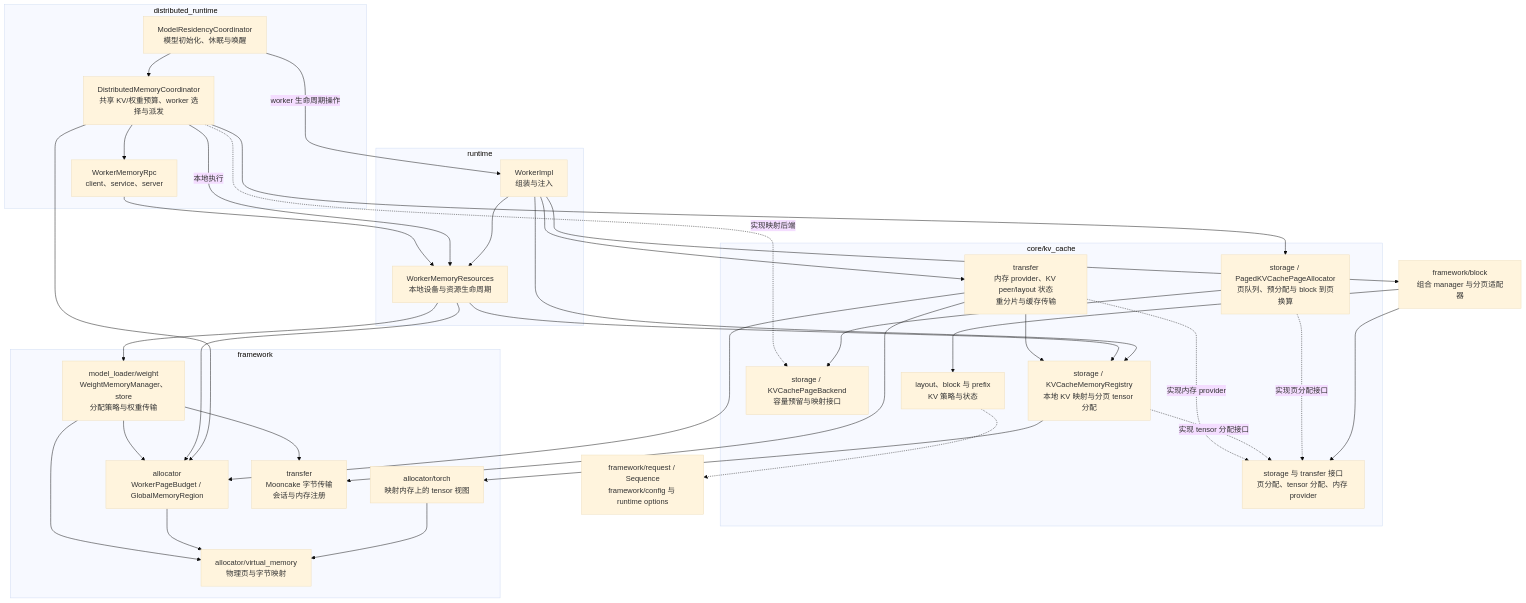
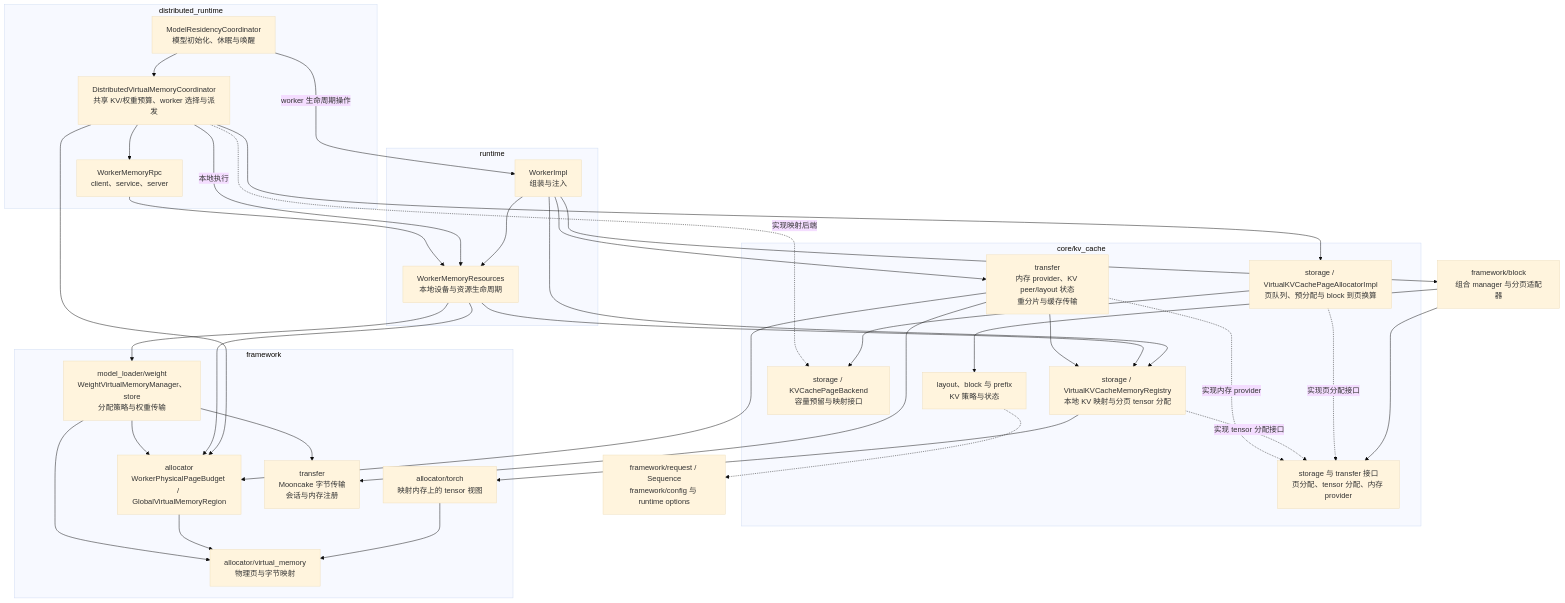
Before and after one commit to xLLM-AI/xllm: the diagram in docs/src/content/docs/zh/dev_guide/code_arch.md, drawn with Mermaid (base theme). The commit also changed other lines of this file and 152 other files, not shown here.

First line of the commit message:
refactor: finalize virtual memory naming and validation fixes.

````diff
--- a/docs/src/content/docs/zh/dev_guide/code_arch.md
+++ b/docs/src/content/docs/zh/dev_guide/code_arch.md
@@ -116,65 +116,65 @@
 ```mermaid
 flowchart TB
   subgraph runtime["runtime"]
     worker["WorkerImpl<br/>组装与注入"]
     resources["WorkerMemoryResources<br/>本地设备与资源生命周期"]
   end
 
   blocks["framework/block<br/>组合 manager 与分页适配器"]
 
   subgraph distributed["distributed_runtime"]
     residency["ModelResidencyCoordinator<br/>模型初始化、休眠与唤醒"]
-    coordination["DistributedMemoryCoordinator<br/>共享 KV/权重预算、worker 选择与派发"]
+    coordination["DistributedVirtualMemoryCoordinator<br/>共享 KV/权重预算、worker 选择与派发"]
     rpc["WorkerMemoryRpc<br/>client、service、server"]
   end
 
   subgraph cache["core/kv_cache"]
     policy["layout、block 与 prefix<br/>KV 策略与状态"]
-    pages["storage / PagedKVCachePageAllocator<br/>页队列、预分配与 block 到页换算"]
+    pages["storage / VirtualKVCachePageAllocatorImpl<br/>页队列、预分配与 block 到页换算"]
     backend["storage / KVCachePageBackend<br/>容量预留与映射接口"]
     ports["storage 与 transfer 接口<br/>页分配、tensor 分配、内存 provider"]
-    storage["storage / KVCacheMemoryRegistry<br/>本地 KV 映射与分页 tensor 分配"]
+    storage["storage / VirtualKVCacheMemoryRegistry<br/>本地 KV 映射与分页 tensor 分配"]
     kvtransfer["transfer<br/>内存 provider、KV peer/layout 状态<br/>重分片与缓存传输"]
   end
 
   subgraph framework["framework"]
-    weight["model_loader/weight<br/>WeightMemoryManager、store<br/>分配策略与权重传输"]
+    weight["model_loader/weight<br/>WeightVirtualMemoryManager、store<br/>分配策略与权重传输"]
     tensor["allocator/torch<br/>映射内存上的 tensor 视图"]
-    shared["allocator<br/>WorkerPageBudget / GlobalMemoryRegion"]
+    shared["allocator<br/>WorkerPhysicalPageBudget / GlobalVirtualMemoryRegion"]
     memory["allocator/virtual_memory<br/>物理页与字节映射"]
     transport["transfer<br/>Mooncake 字节传输<br/>会话与内存注册"]
   end
 
   remaining["framework/request / Sequence<br/>framework/config 与 runtime options"]
   worker --> resources
   worker --> blocks
   worker --> storage
   worker --> kvtransfer
   residency --> coordination
   residency -->|worker 生命周期操作| worker
   coordination --> pages
   coordination --> rpc
   coordination -->|本地执行| resources
   coordination --> shared
   rpc --> resources
   resources --> storage
   resources --> weight
   resources --> shared
   blocks --> policy
   blocks --> ports
   pages -.->|实现页分配接口| ports
   pages --> backend
   coordination -.->|实现映射后端| backend
   storage -.->|实现 tensor 分配接口| ports
   kvtransfer -.->|实现内存 provider| ports
   storage --> tensor
   tensor --> memory
   shared --> memory
   weight --> memory
   weight --> shared
   weight --> transport
   kvtransfer --> storage
   kvtransfer --> shared
   kvtransfer --> transport
   policy -.-> remaining
 ```
````
